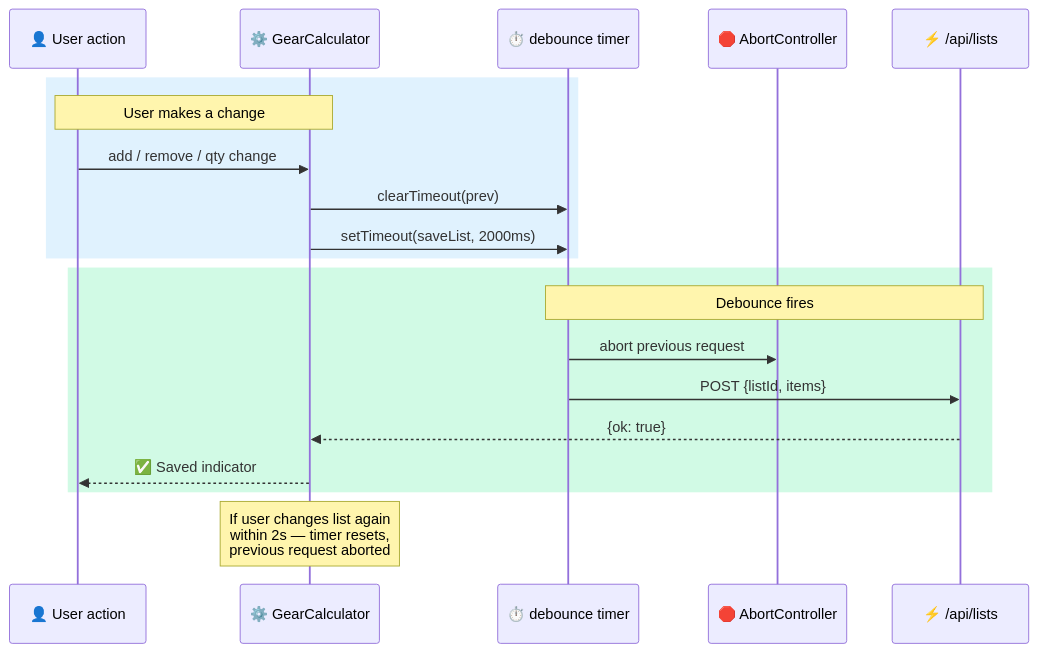
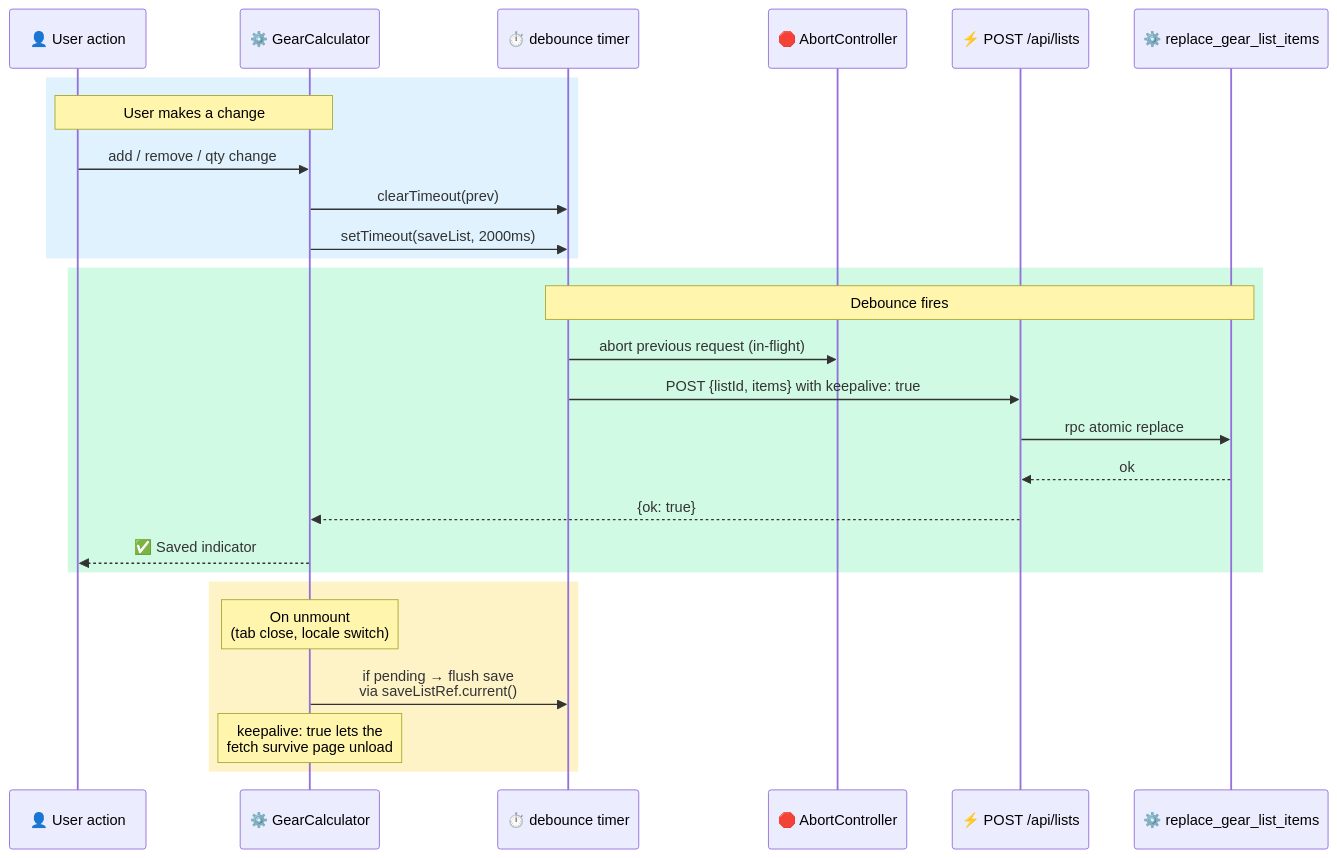
One commit to alexzhel-io/veloadout changed the ninth of 12 diagrams in docs/architecture.md. Above: the diagram before and after it, drawn with Mermaid. The commit also changed other lines of this file and 1 other file, not shown here.

First line of the commit message:
docs: rewrite architecture & operations as narrative — reads like an article

````diff
--- a/docs/architecture.md
+++ b/docs/architecture.md
@@ -453,25 +701,32 @@
 ```mermaid
 sequenceDiagram
     participant U as 👤 User action
     participant GC as ⚙️ GearCalculator
     participant T as ⏱️ debounce timer
     participant AC as 🛑 AbortController
-    participant API as ⚡ /api/lists
+    participant API as ⚡ POST /api/lists
+    participant RPC as ⚙️ replace_gear_list_items
 
     rect rgb(224, 242, 254)
         Note over U,GC: User makes a change
         U->>GC: add / remove / qty change
         GC->>T: clearTimeout(prev)
         GC->>T: setTimeout(saveList, 2000ms)
     end
 
     rect rgb(209, 250, 229)
-        Note over T,API: Debounce fires
-        T->>AC: abort previous request
-        T->>API: POST {listId, items}
+        Note over T,RPC: Debounce fires
+        T->>AC: abort previous request (in-flight)
+        T->>API: POST {listId, items} with keepalive: true
+        API->>RPC: rpc atomic replace
+        RPC-->>API: ok
         API-->>GC: {ok: true}
         GC-->>U: ✅ Saved indicator
     end
 
-    Note over GC: If user changes list again<br>within 2s — timer resets,<br>previous request aborted
+    rect rgb(254, 243, 199)
+        Note over GC: On unmount<br>(tab close, locale switch)
+        GC->>T: if pending → flush save<br>via saveListRef.current()
+        Note over GC: keepalive: true lets the<br>fetch survive page unload
+    end
 ```
````
